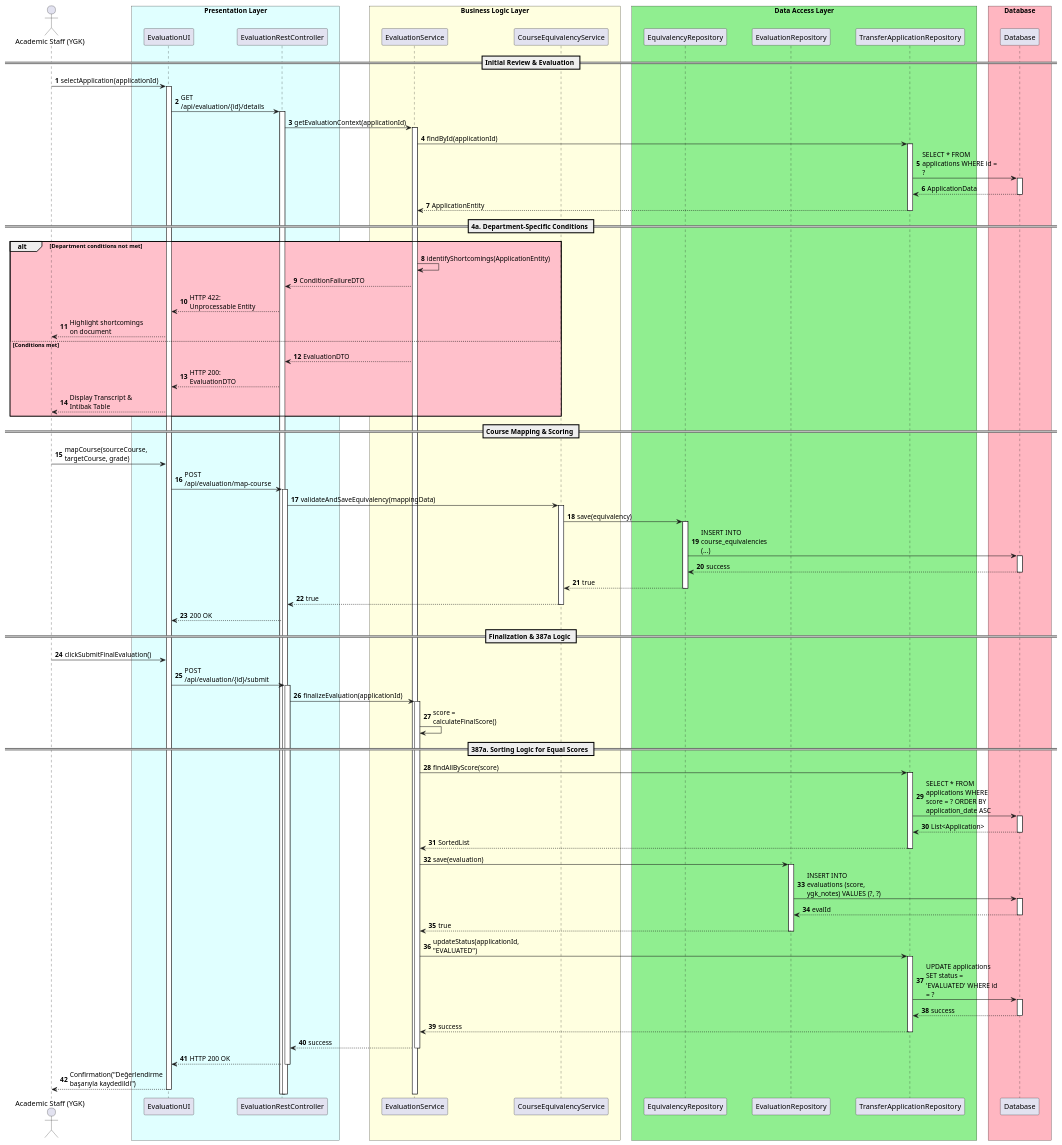
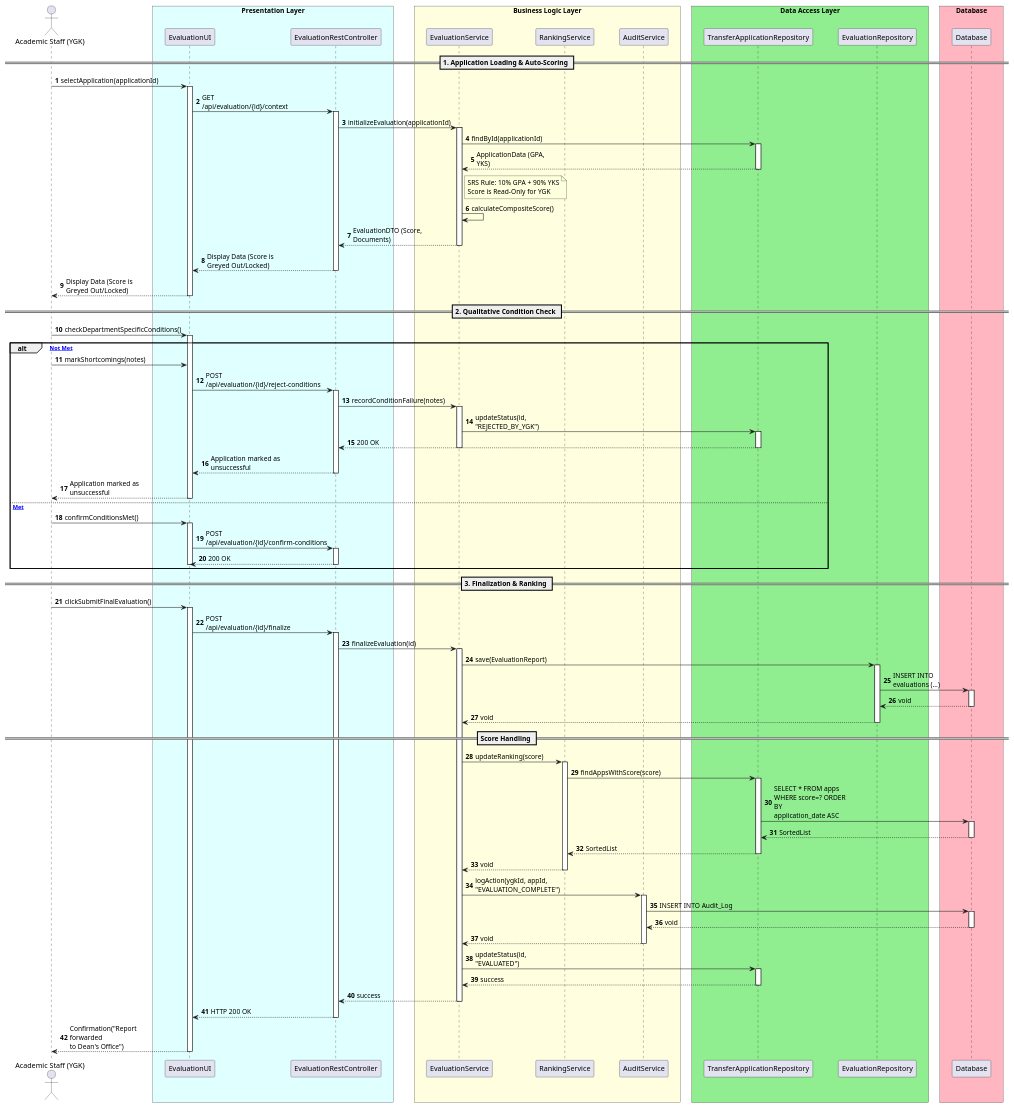
One commit to UTMS-G02/utms changed the diagram in docs/uml/sequence-diagram-UC-8.puml. Above: the diagram before and after it, drawn with PlantUML.

Commit message:
docs(uml): add finalized UC-8 and UC-9 sequence diagrams

```diff
--- a/docs/uml/sequence-diagram-UC-8.puml
+++ b/docs/uml/sequence-diagram-UC-8.puml
@@ -1,129 +1,163 @@
-@startuml uc-8
+@startuml scenario-8-ygk-evaluation
 autonumber
 skinparam maxMessageSize 150
 skinparam ParticipantPadding 20
 skinparam BoxPadding 10
 
 actor "Academic Staff (YGK)" as YGK
 
 box "Presentation Layer" #LightCyan
     participant "EvaluationUI" as UI
     participant "EvaluationRestController" as RestController
 end box
 
 box "Business Logic Layer" #LightYellow
     participant "EvaluationService" as EvalService
-    participant "CourseEquivalencyService" as EqService
+    participant "RankingService" as RankingService
+    participant "AuditService" as AuditService
 end box
 
 box "Data Access Layer" #LightGreen
-    participant "EquivalencyRepository" as EqRepo
+    participant "TransferApplicationRepository" as AppRepo
     participant "EvaluationRepository" as EvalRepo
-    participant "TransferApplicationRepository" as AppRepo
 end box
 
 box "Database" #LightPink
     participant "Database" as DB
 end box
 
-== Initial Review & Evaluation ==
+== 1. Application Loading & Auto-Scoring ==
 
 YGK -> UI: selectApplication(applicationId)
 activate UI
 
-UI -> RestController: GET /api/evaluation/{id}/details
+UI -> RestController: GET /api/evaluation/{id}/context
 activate RestController
 
-RestController -> EvalService: getEvaluationContext(applicationId)
+RestController -> EvalService: initializeEvaluation(applicationId)
 activate EvalService
 
 EvalService -> AppRepo: findById(applicationId)
 activate AppRepo
-AppRepo -> DB: SELECT * FROM applications WHERE id = ?
-activate DB
-DB --> AppRepo: ApplicationData
-deactivate DB
-AppRepo --> EvalService: ApplicationEntity
+AppRepo --> EvalService: ApplicationData (GPA, YKS)
 deactivate AppRepo
 
-== 4a. Department-Specific Conditions ==
+note right of EvalService
+    SRS Rule: 10% GPA + 90% YKS
+    Score is Read-Only for YGK
+end note
 
-alt #Pink Department conditions not met
-    EvalService -> EvalService: identifyShortcomings(ApplicationEntity)
-    EvalService --> RestController: ConditionFailureDTO
-    RestController --> UI: HTTP 422: Unprocessable Entity
-    UI --> YGK: Highlight shortcomings on document
-else Conditions met
-    EvalService --> RestController: EvaluationDTO
-    RestController --> UI: HTTP 200: EvaluationDTO
-    UI --> YGK: Display Transcript & Intibak Table
+EvalService -> EvalService: calculateCompositeScore()
+
+EvalService --> RestController: EvaluationDTO (Score, Documents)
+deactivate EvalService
+
+RestController --> UI: Display Data (Score is\nGreyed Out/Locked)
+deactivate RestController
+
+UI --> YGK: Display Data (Score is\nGreyed Out/Locked)
+deactivate UI
+
+== 2. Qualitative Condition Check ==
+
+YGK -> UI: checkDepartmentSpecificConditions()
+activate UI
+
+alt [Conditions Not Met]
+
+    YGK -> UI: markShortcomings(notes)
+
+    UI -> RestController: POST /api/evaluation/{id}/reject-conditions
+    activate RestController
+
+    RestController -> EvalService: recordConditionFailure(notes)
+    activate EvalService
+
+    EvalService -> AppRepo: updateStatus(id, "REJECTED_BY_YGK")
+    activate AppRepo
+    AppRepo --> RestController: 200 OK
+    deactivate AppRepo
+    deactivate EvalService
+
+    RestController --> UI: Application marked as unsuccessful
+    deactivate RestController
+
+    UI --> YGK: Application marked as unsuccessful
+    deactivate UI
+
+else [Conditions Met]
+
+    YGK -> UI: confirmConditionsMet()
+    activate UI
+
+    UI -> RestController: POST /api/evaluation/{id}/confirm-conditions
+    activate RestController
+
+    RestController --> UI: 200 OK
+    deactivate RestController
+
+    deactivate UI
+
 end
 
-== Course Mapping & Scoring ==
-
-YGK -> UI: mapCourse(sourceCourse, targetCourse, grade)
-UI -> RestController: POST /api/evaluation/map-course
-activate RestController
-RestController -> EqService: validateAndSaveEquivalency(mappingData)
-activate EqService
-EqService -> EqRepo: save(equivalency)
-activate EqRepo
-EqRepo -> DB: INSERT INTO course_equivalencies (...)
-activate DB
-DB --> EqRepo: success
-deactivate DB
-EqRepo --> EqService: true
-deactivate EqRepo
-EqService --> RestController: true
-deactivate EqService
-RestController --> UI: 200 OK
-
-== Finalization & 387a Logic ==
+== 3. Finalization & Ranking ==
 
 YGK -> UI: clickSubmitFinalEvaluation()
-UI -> RestController: POST /api/evaluation/{id}/submit
+activate UI
+
+UI -> RestController: POST /api/evaluation/{id}/finalize
 activate RestController
 
-RestController -> EvalService: finalizeEvaluation(applicationId)
+RestController -> EvalService: finalizeEvaluation(id)
 activate EvalService
 
-EvalService -> EvalService: score = calculateFinalScore()
+EvalService -> EvalRepo: save(EvaluationReport)
+activate EvalRepo
+EvalRepo -> DB: INSERT INTO evaluations (...)
+activate DB
+DB --> EvalRepo: void
+deactivate DB
+EvalRepo --> EvalService: void
+deactivate EvalRepo
 
-== 387a. Sorting Logic for Equal Scores ==
+== Score Handling ==
 
-EvalService -> AppRepo: findAllByScore(score)
+EvalService -> RankingService: updateRanking(score)
+activate RankingService
+
+RankingService -> AppRepo: findAppsWithScore(score)
 activate AppRepo
-AppRepo -> DB: SELECT * FROM applications WHERE score = ? ORDER BY application_date ASC
+AppRepo -> DB: SELECT * FROM apps\nWHERE score=? ORDER BY\napplication_date ASC
 activate DB
-DB --> AppRepo: List<Application>
+DB --> AppRepo: SortedList
 deactivate DB
-AppRepo --> EvalService: SortedList
+AppRepo --> RankingService: SortedList
 deactivate AppRepo
 
-EvalService -> EvalRepo: save(evaluation)
-activate EvalRepo
-EvalRepo -> DB: INSERT INTO evaluations (score, ygk_notes) VALUES (?, ?)
+RankingService --> EvalService: void
+deactivate RankingService
+
+EvalService -> AuditService: logAction(ygkId, appId,\n"EVALUATION_COMPLETE")
+activate AuditService
+AuditService -> DB: INSERT INTO Audit_Log
 activate DB
-DB --> EvalRepo: evalId
+DB --> AuditService: void
 deactivate DB
-EvalRepo --> EvalService: true
-deactivate EvalRepo
+AuditService --> EvalService: void
+deactivate AuditService
 
-EvalService -> AppRepo: updateStatus(applicationId, "EVALUATED")
+EvalService -> AppRepo: updateStatus(id, "EVALUATED")
 activate AppRepo
-AppRepo -> DB: UPDATE applications SET status = 'EVALUATED' WHERE id = ?
-activate DB
-DB --> AppRepo: success
-deactivate DB
 AppRepo --> EvalService: success
 deactivate AppRepo
 
 EvalService --> RestController: success
 deactivate EvalService
+
 RestController --> UI: HTTP 200 OK
 deactivate RestController
 
-UI --> YGK: Confirmation("Değerlendirme başarıyla kaydedildi")
+UI --> YGK: Confirmation("Report forwarded\nto Dean's Office")
 deactivate UI
 
 @enduml
```
